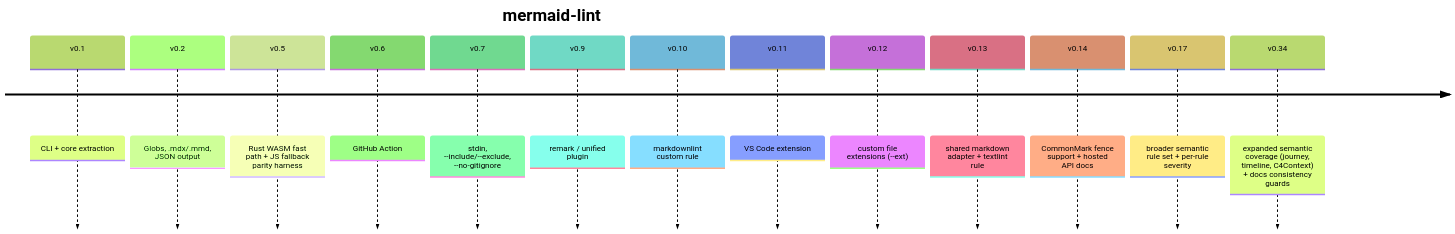
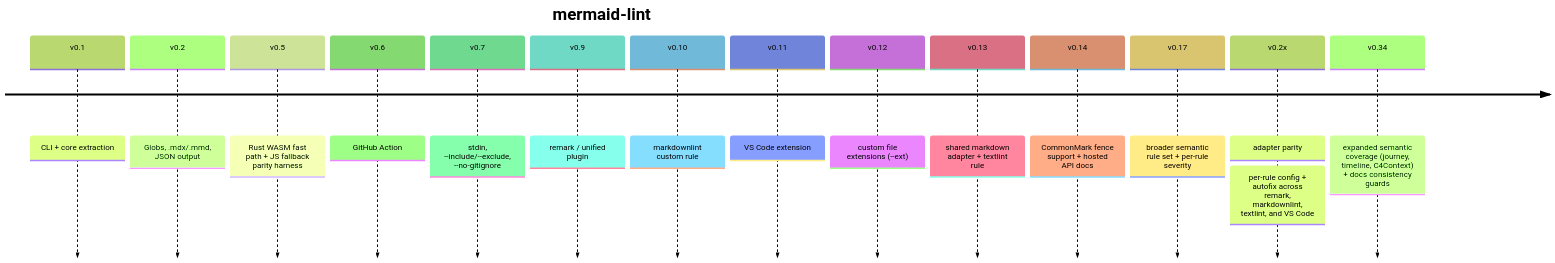
One commit to jasonworden/mermaid-lint changed the diagram in docs/release-history.md. Above: the diagram before and after it, drawn with Mermaid (forest theme). The commit also changed other lines of this file and 1 other file, not shown here.

````diff
--- a/docs/release-history.md
+++ b/docs/release-history.md
@@ -6,17 +6,18 @@
 ```mermaid
 timeline
   title mermaid-lint
   v0.1 : CLI + core extraction
   v0.2 : Globs, .mdx/.mmd, JSON output
   v0.5 : Rust WASM fast path + JS fallback parity harness
   v0.6 : GitHub Action
   v0.7 : stdin, --include/--exclude, --no-gitignore
   v0.9 : remark / unified plugin
   v0.10 : markdownlint custom rule
   v0.11 : VS Code extension
   v0.12 : custom file extensions (--ext)
   v0.13 : shared markdown adapter + textlint rule
   v0.14 : CommonMark fence support + hosted API docs
   v0.17 : broader semantic rule set + per-rule severity
+  v0.2x : adapter parity: per-rule config + autofix across remark, markdownlint, textlint, and VS Code
   v0.34 : expanded semantic coverage (journey, timeline, C4Context) + docs consistency guards
 ```
````
